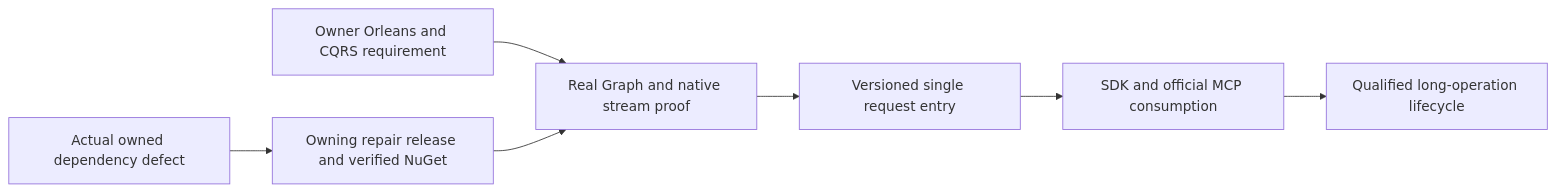
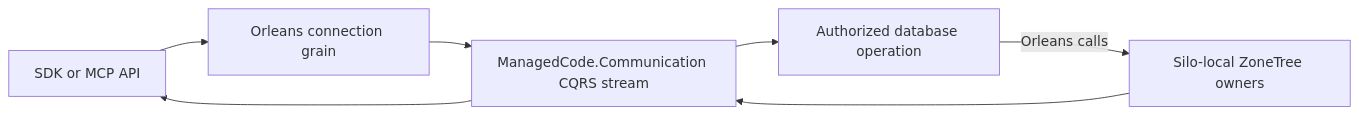
Before and after one commit to managedcode/KeyLoad: the diagram in docs/ADR/ADR-082-native-cqrs-streams.md, drawn with Mermaid. The commit also changed other lines of this file and 36 other files, not shown here.

````diff
--- a/docs/ADR/ADR-082-native-cqrs-streams.md
+++ b/docs/ADR/ADR-082-native-cqrs-streams.md
@@ -24,9 +18,9 @@
 ```mermaid
 flowchart LR
-    Rule[Owner Orleans and CQRS requirement] --> C0[Real Graph and native stream proof]
-    C0 --> C1[Versioned single request entry]
-    C1 --> C2[SDK and official MCP consumption]
-    C2 --> C3[Qualified long-operation lifecycle]
-    Failure[Actual owned dependency defect] --> Repair[Owning repair release and verified NuGet]
-    Repair --> C0
+    API[SDK or MCP API] --> Connection[Orleans connection grain]
+    Connection --> CQRS[ManagedCode.Communication CQRS stream]
+    CQRS --> Operation[Authorized database operation]
+    Operation -->|Orleans calls| Storage[Silo-local ZoneTree owners]
+    Storage --> CQRS
+    CQRS --> API
 ```
````
